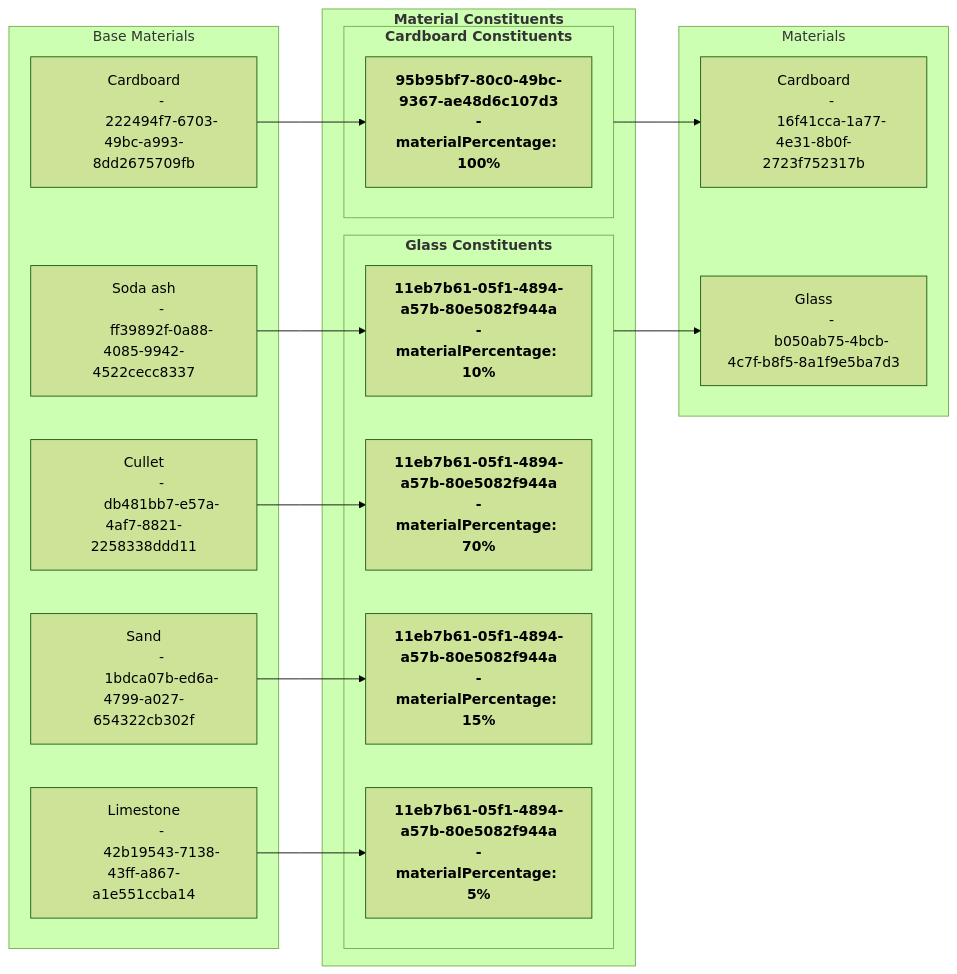
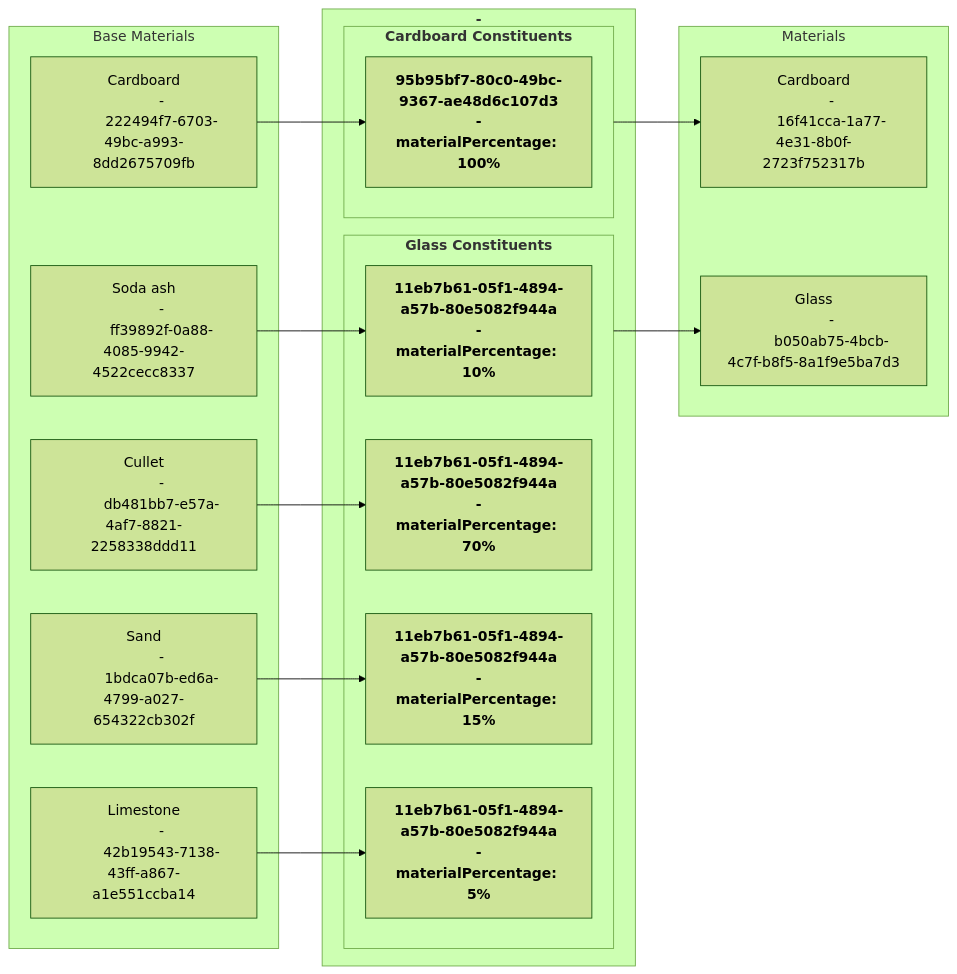
One commit to OpenDataManchester/Open3P changed the second of 2 diagrams in docs/6_Relationship_Lists/6_001_Material_Constituents.md. Above: the diagram before and after it, drawn with Mermaid (forest theme).

Commit message:
Tweaked dataflow

````diff
--- a/docs/6_Relationship_Lists/6_001_Material_Constituents.md
+++ b/docs/6_Relationship_Lists/6_001_Material_Constituents.md
@@ -139,56 +139,56 @@
 ``` mermaid
 flowchart LR
     subgraph baseMaterials[Base Materials]
         bm_cardboard["Cardboard
         -
         222494f7-6703-49bc-a993-8dd2675709fb"]
         bm_sodaAsh["Soda ash
         -
         ff39892f-0a88-4085-9942-4522cecc8337"]
         bm_cullet["Cullet
         -
         db481bb7-e57a-4af7-8821-2258338ddd11"]
         bm_sand["Sand
         -
         1bdca07b-ed6a-4799-a027-654322cb302f"]
         bm_limestone["Limestone
         -
         42b19543-7138-43ff-a867-a1e551ccba14"]
     end
-    subgraph materialConstituents["`**Material Constituents**`"]
-        subgraph mcs_cardboard ["`**Cardboard Constituents**`"]
-          mc_cardboard["`**95b95bf7-80c0-49bc-9367-ae48d6c107d3
+    subgraph materialConstituents["`**-**`"]
+        subgraph macs_cardboard ["`**Cardboard Constituents**`"]
+          mac_cardboard["`**95b95bf7-80c0-49bc-9367-ae48d6c107d3
           -
           materialPercentage: 100%**`"]
         end
-        subgraph mcs_glass ["`**Glass Constituents**`"]
-          mc_sodaAsh["`**11eb7b61-05f1-4894-a57b-80e5082f944a
+        subgraph macs_glass ["`**Glass Constituents**`"]
+          mac_sodaAsh["`**11eb7b61-05f1-4894-a57b-80e5082f944a
           -
           materialPercentage: 10%**`"]
-          mc_cullet["`**11eb7b61-05f1-4894-a57b-80e5082f944a
+          mac_cullet["`**11eb7b61-05f1-4894-a57b-80e5082f944a
           -
           materialPercentage: 70%**`"]
-          mc_sand["`**11eb7b61-05f1-4894-a57b-80e5082f944a
+          mac_sand["`**11eb7b61-05f1-4894-a57b-80e5082f944a
           -
           materialPercentage: 15%**`"]
-          mc_limestone["`**11eb7b61-05f1-4894-a57b-80e5082f944a
+          mac_limestone["`**11eb7b61-05f1-4894-a57b-80e5082f944a
           -
           materialPercentage: 5%**`"]
         end  
     end
     subgraph materials["Materials"]
         ma_cardboard["Cardboard
         -
         16f41cca-1a77-4e31-8b0f-2723f752317b"]
         ma_glass["Glass
         -
         b050ab75-4bcb-4c7f-b8f5-8a1f9e5ba7d3"]
     end
-    bm_cardboard --> mc_cardboard
-    mcs_cardboard --> ma_cardboard
-    bm_sodaAsh --> mc_sodaAsh
-    bm_cullet --> mc_cullet
-    bm_sand --> mc_sand
-    bm_limestone --> mc_limestone
-    mcs_glass --> ma_glass
+    bm_cardboard --> mac_cardboard
+    macs_cardboard --> ma_cardboard
+    bm_sodaAsh --> mac_sodaAsh
+    bm_cullet --> mac_cullet
+    bm_sand --> mac_sand
+    bm_limestone --> mac_limestone
+    macs_glass --> ma_glass
 ```
````
